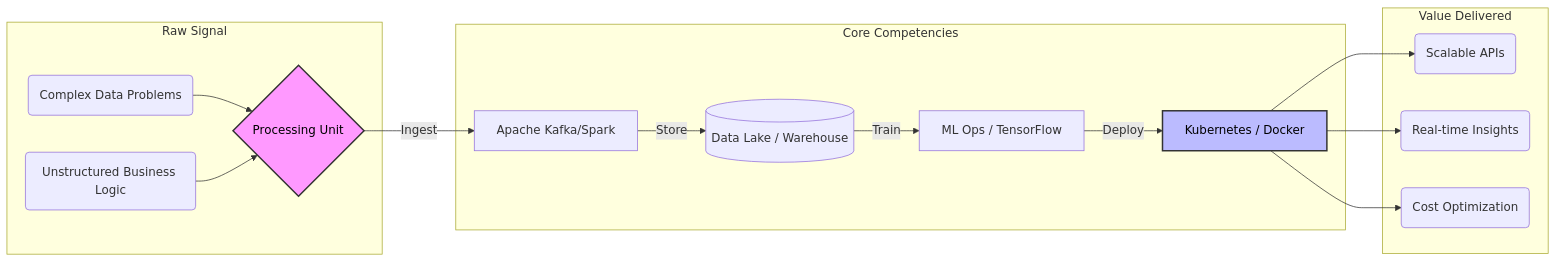
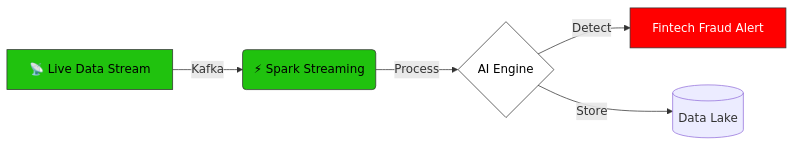
The diagram in README.md (Ugurulas9/Ugurulas9), drawn with Mermaid before and after one commit. The commit also changed other lines of this file, not shown here.

```diff
--- a/README.md
+++ b/README.md
@@ -38,23 +38,12 @@
 ~~~mermaid
 graph LR
-    subgraph INPUTS [Raw Signal]
-        A(Complex Data Problems) --> B{Processing Unit}
-        C(Unstructured Business Logic) --> B
-    end
-
-    subgraph PROCESS [Core Competencies]
-        B -->|Ingest| D[Apache Kafka/Spark]
-        D -->|Store| E[(Data Lake / Warehouse)]
-        E -->|Train| F[ML Ops / TensorFlow]
-        F -->|Deploy| G[Kubernetes / Docker]
-    end
-
-    subgraph OUTPUTS [Value Delivered]
-        G --> H(Scalable APIs)
-        G --> I(Real-time Insights)
-        G --> J(Cost Optimization)
-    end
+    A[📡 Live Data Stream] -->|Kafka| B(⚡ Spark Streaming)
+    B -->|Process| C{ AI Engine}
+    C -->|Detect| D[Fintech Fraud Alert]
+    C -->|Store| E[( Data Lake)]
     
-    style B fill:#f9f,stroke:#333,stroke-width:2px,color:black
-    style G fill:#bbf,stroke:#333,stroke-width:2px,color:black
+    style A fill:#20C20E,stroke:#333,color:black
+    style B fill:#20C20E,stroke:#333,color:black
+    style C fill:#fff,stroke:#333,color:black
+    style D fill:#f00,stroke:#333,color:white
 ~~~
```
